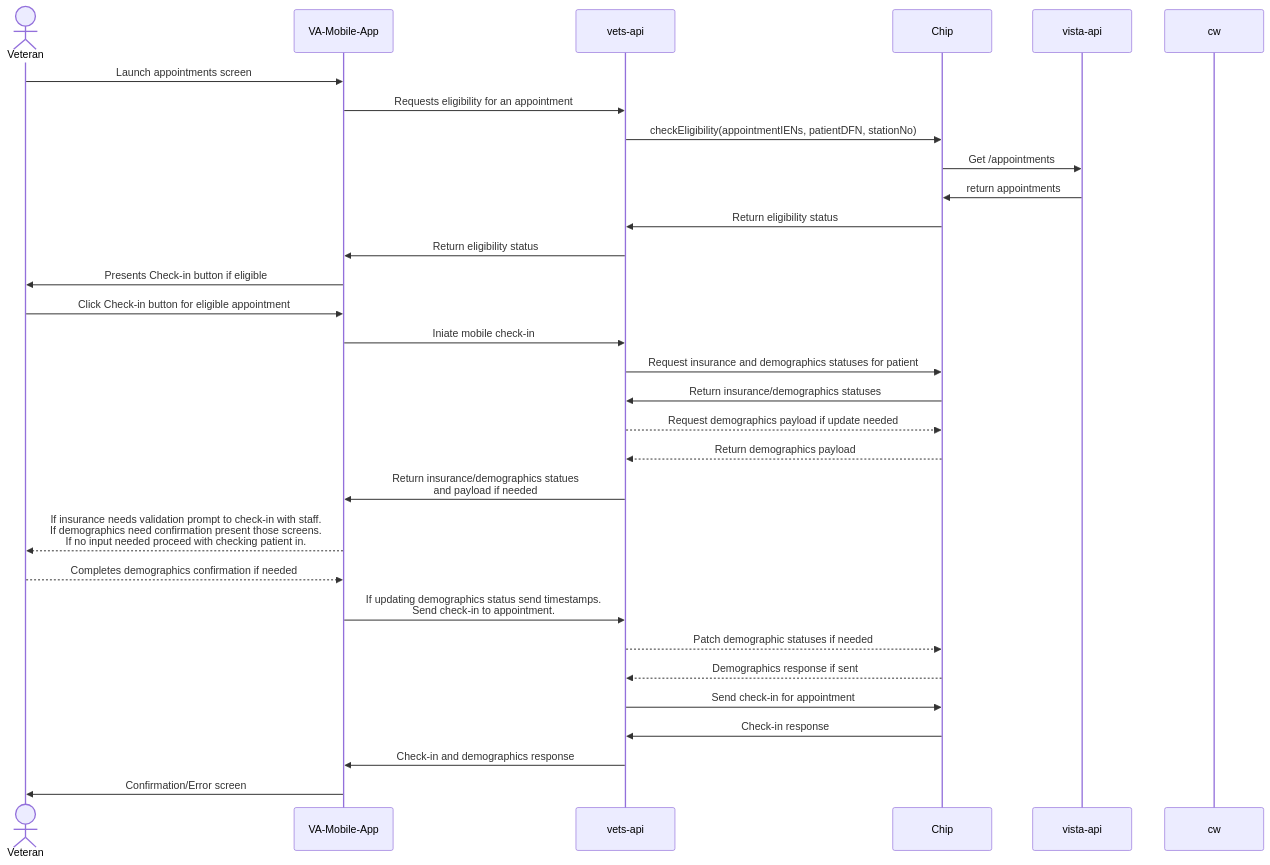
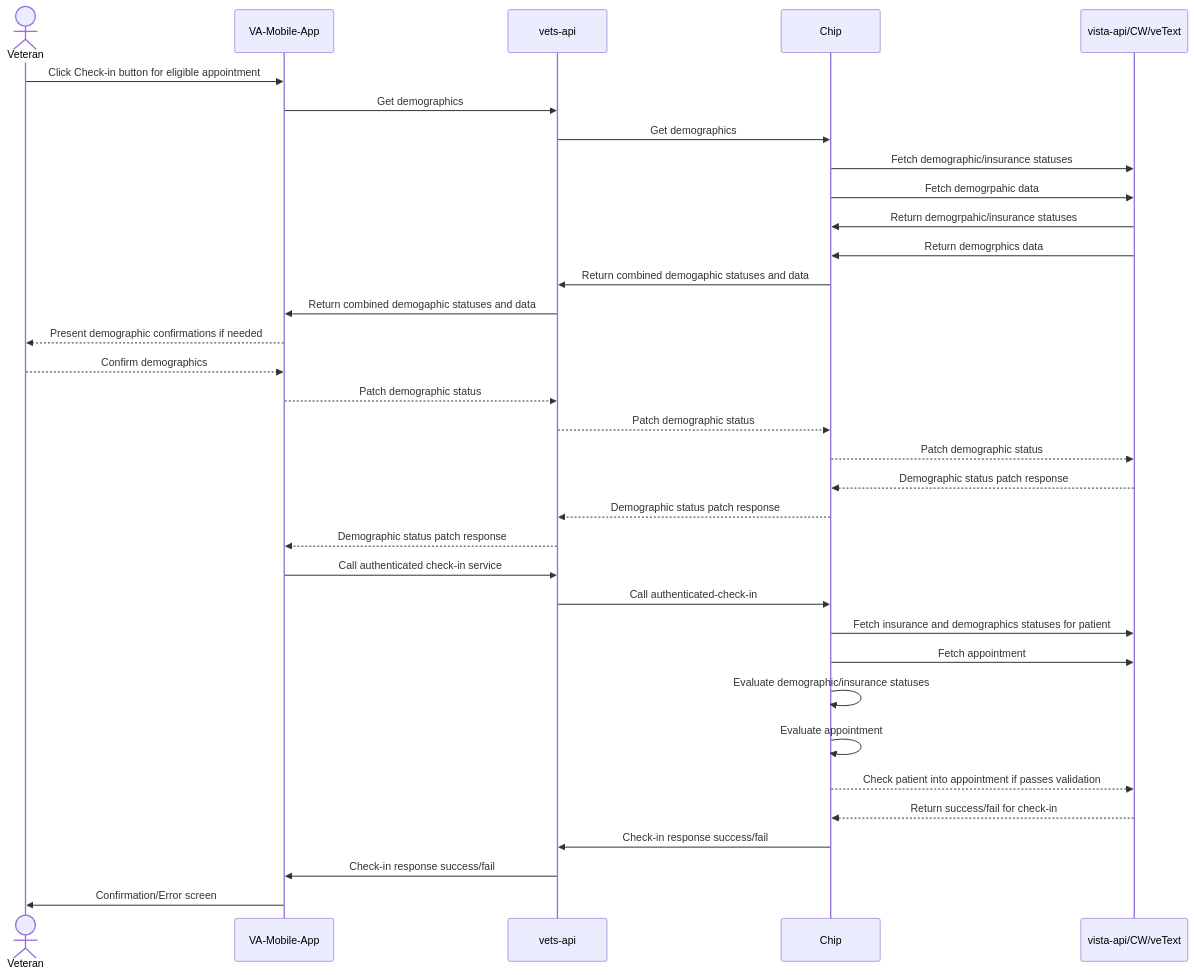
One commit to department-of-veterans-affairs/va.gov-team changed the diagram in products/health-care/checkin/engineering/full-auth-check-in/README.md. Above: the diagram before and after it, drawn with Mermaid.

````diff
--- a/products/health-care/checkin/engineering/full-auth-check-in/README.md
+++ b/products/health-care/checkin/engineering/full-auth-check-in/README.md
@@ -15,34 +15,37 @@
 ```mermaid
 sequenceDiagram
     actor vet as Veteran
     participant vam as VA-Mobile-App
     participant va as vets-api
     participant chip as Chip
-    participant vista-api as vista-api
-    participant cw as cw
+    participant vista as vista-api/CW/veText
 
-	vet->>vam: Launch appointments screen
-	vam->>va: Requests eligibility for an appointment
-    va->>chip: checkEligibility(appointmentIENs, patientDFN, stationNo)
-    chip->>vista-api: Get /appointments
-    vista-api->>chip: return appointments
-    chip->>va: Return eligibility status
-    va->>vam: Return eligibility status
-    vam->>vet: Presents Check-in button if eligible
     vet->>vam: Click Check-in button for eligible appointment
-    vam->>va: Iniate mobile check-in
-    va->>chip: Request insurance and demographics statuses for patient
-    chip->>va: Return insurance/demographics statuses
-    va-->>chip: Request demographics payload if update needed
-    chip-->>va: Return demographics payload
-    va->>vam: Return insurance/demographics statues <br />and payload if needed
-    vam-->>vet: If insurance needs validation prompt to check-in with staff.<br /> If demographics need confirmation present those screens.<br /> If no input needed proceed with checking patient in.
-    vet-->>vam: Completes demographics confirmation if needed
-    vam->>va: If updating demographics status send timestamps.<br />Send check-in to appointment.
-    va-->>chip: Patch demographic statuses if needed
-    chip-->>va: Demographics response if sent
-    va->>chip: Send check-in for appointment 
-    chip->>va: Check-in response
-    va->>vam: Check-in and demographics response
+    vam->>va: Get demographics
+    va->>chip: Get demographics
+    chip->>vista: Fetch demographic/insurance statuses
+    chip->>vista: Fetch demogrpahic data
+    vista->>chip: Return demogrpahic/insurance statuses
+    vista->>chip: Return demogrphics data
+    chip->>va: Return combined demogaphic statuses and data
+    va->>vam: Return combined demogaphic statuses and data
+    vam-->>vet: Present demographic confirmations if needed
+    vet-->>vam: Confirm demographics
+    vam-->>va: Patch demographic status
+    va-->>chip: Patch demographic status
+    chip-->>vista: Patch demographic status
+    vista-->>chip: Demographic status patch response
+    chip-->>va: Demographic status patch response
+    va-->>vam: Demographic status patch response
+    vam->>va: Call authenticated check-in service
+    va->>chip: Call authenticated-check-in
+    chip->>vista: Fetch insurance and demographics statuses for patient
+    chip->>vista: Fetch appointment
+    chip->>chip: Evaluate demographic/insurance statuses
+    chip->>chip: Evaluate appointment
+    chip-->>vista: Check patient into appointment if passes validation
+    vista-->>chip: Return success/fail for check-in
+    chip->>va: Check-in response success/fail
+    va->>vam: Check-in response success/fail
     vam->>vet: Confirmation/Error screen
 ```
````
